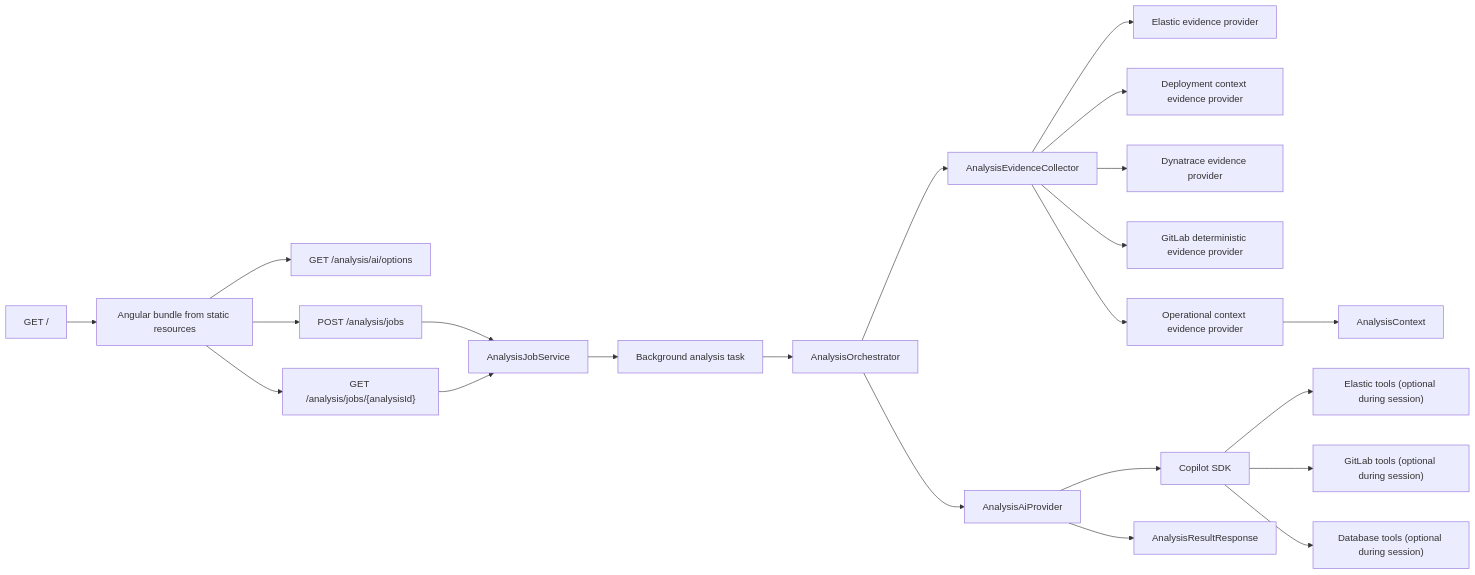
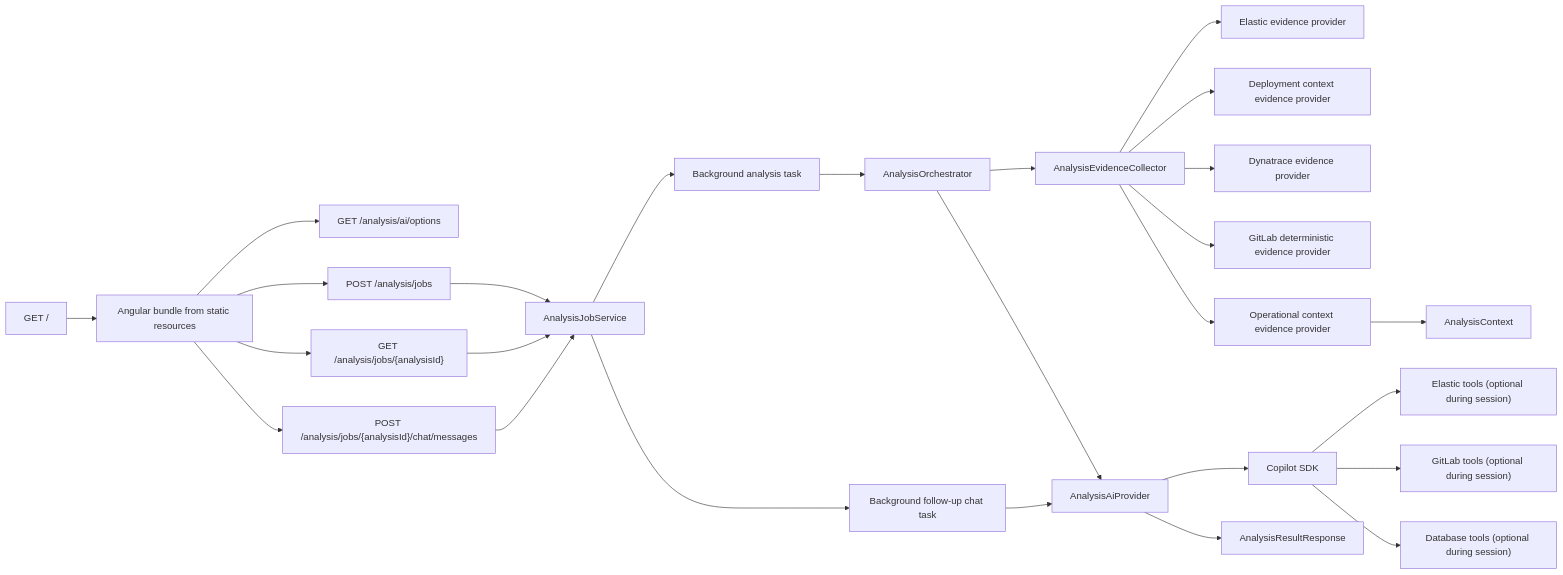
The diagram in docs/architecture/01-system-overview.md (herald-assistant/incident-tracker), drawn with Mermaid before and after one commit. The commit also changed other lines of this file and 39 other files, not shown here.

````diff
--- a/docs/architecture/01-system-overview.md
+++ b/docs/architecture/01-system-overview.md
@@ -175,24 +187,28 @@
 ```mermaid
 flowchart LR
     A["GET /"] --> B["Angular bundle from static resources"]
     B --> U["GET /analysis/ai/options"]
     B --> C["POST /analysis/jobs"]
     C --> D["AnalysisJobService"]
     D --> E["Background analysis task"]
     E --> F["AnalysisOrchestrator"]
     F --> G["AnalysisEvidenceCollector"]
     G --> H["Elastic evidence provider"]
     G --> I["Deployment context evidence provider"]
     G --> J["Dynatrace evidence provider"]
     G --> K["GitLab deterministic evidence provider"]
     G --> L["Operational context evidence provider"]
     L --> M["AnalysisContext"]
     F --> N["AnalysisAiProvider"]
     N --> O["Copilot SDK"]
     O --> P["Elastic tools (optional during session)"]
     O --> R["GitLab tools (optional during session)"]
     O --> Q["Database tools (optional during session)"]
     N --> S["AnalysisResultResponse"]
     B --> T["GET /analysis/jobs/{analysisId}"]
     T --> D
+    B --> U2["POST /analysis/jobs/{analysisId}/chat/messages"]
+    U2 --> D
+    D --> V["Background follow-up chat task"]
+    V --> N
 ```
````
